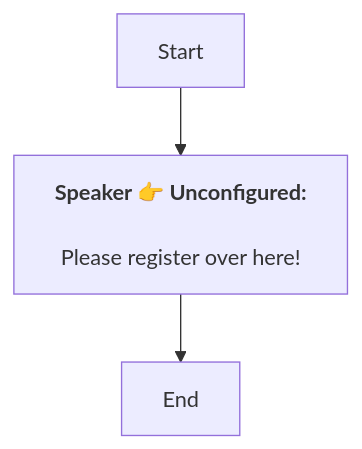
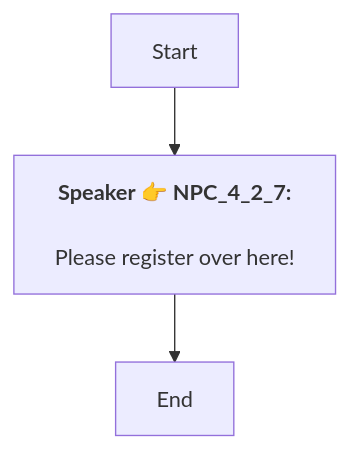
The diagram in En/QuestApproachDialogNode_1738447731840107.md (SoftHu/tos_avg), drawn with Mermaid before and after one commit. The commit also changed 737 other files, not shown here.

````diff
--- a/En/QuestApproachDialogNode_1738447731840107.md
+++ b/En/QuestApproachDialogNode_1738447731840107.md
@@ -1,8 +1,7 @@
 ```mermaid
 graph
-Start -->1738447777819758[<b>Speaker 👉 Unconfigured:</b>
-
-Please register over here!]
+Start -->1738447777819758[<b>Speaker 👉 NPC_4_2_7:</b>
+\nPlease register over here!]
 1738447777819758 -->1738447779838063[End]
 
- ```
+```
````
